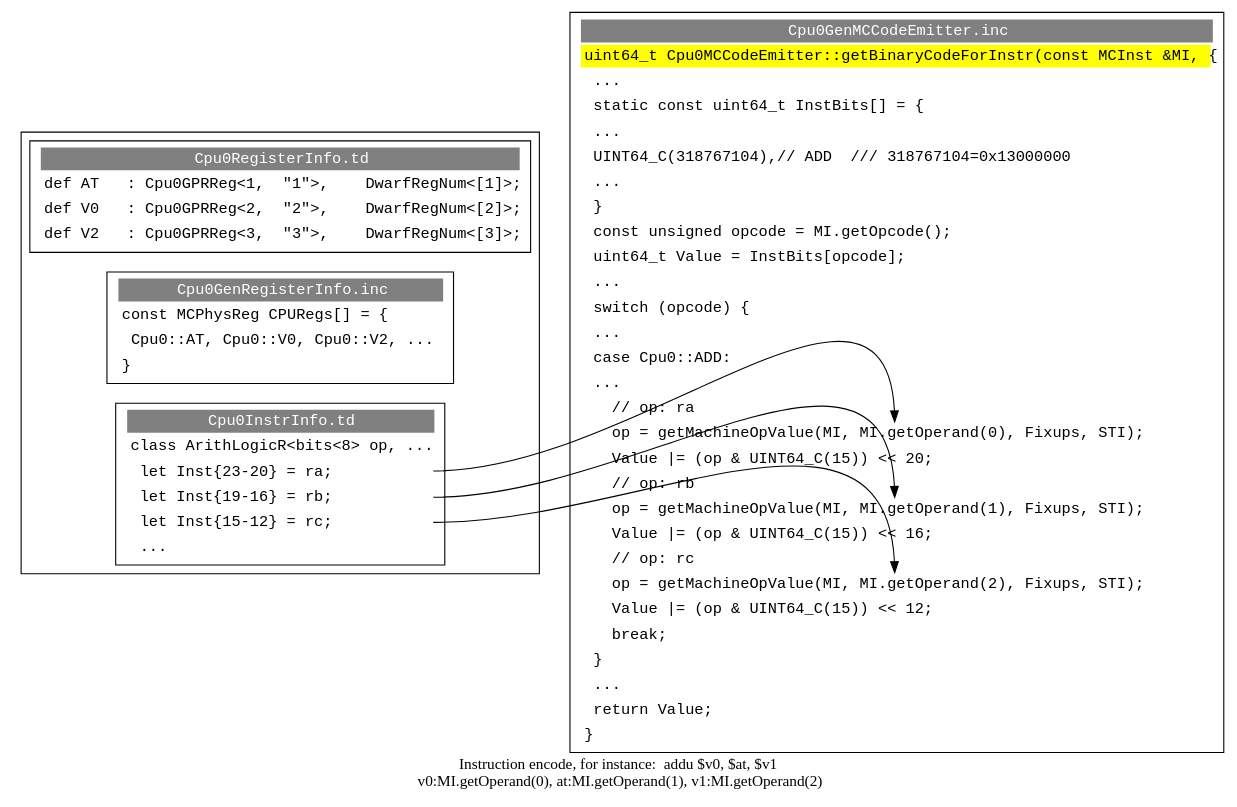
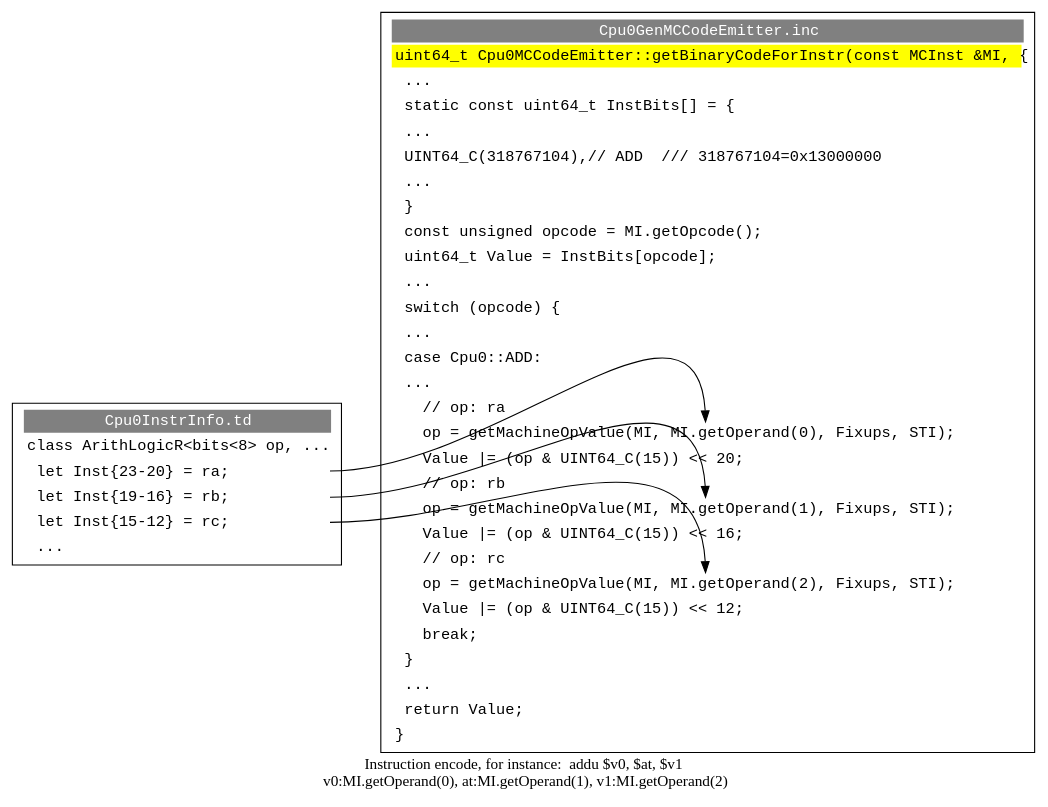
Before and after one commit to Jonathan2251/lbd: the diagram in Fig/genobj/getBinaryCodeForInstr.gv, drawn with Graphviz. The commit also changed 1 other file, not shown here.

```diff
--- a/Fig/genobj/getBinaryCodeForInstr.gv
+++ b/Fig/genobj/getBinaryCodeForInstr.gv
@@ -1,70 +1,52 @@
 digraph G {
   rankdir=LR;
   // graphviz uses &nn; to display control character, &#38; ascii 0x38 is '&', 0x60 is '<', 0x62 is '>'
   // when use port="f1", the shape cannot set to "Mrecord"
   getBinaryCodeForInstr [ penwidth = 1, fontname = "Courier New", shape = "rectangle", label =<<table border="0" cellborder="0" cellpadding="3" bgcolor="white">
     <tr><td bgcolor="grey" align="center" colspan="2"><font color="white">Cpu0GenMCCodeEmitter.inc</font></td></tr>
     <tr><td align="left" bgcolor="yellow" port="r0">uint64_t Cpu0MCCodeEmitter::getBinaryCodeForInstr(const MCInst &#38;MI, {</td></tr>
     <tr><td align="left">  ...</td></tr>
     <tr><td align="left">  static const uint64_t InstBits[] = {</td></tr>
     <tr><td align="left">  ...</td></tr>
     <tr><td align="left">  UINT64_C(318767104),	// ADD  /// 318767104=0x13000000</td></tr>
     <tr><td align="left">  ...</td></tr>
     <tr><td align="left">  }</td></tr>
     <tr><td align="left">  const unsigned opcode = MI.getOpcode();</td></tr>
     <tr><td align="left">  uint64_t Value = InstBits[opcode];</td></tr>
     <tr><td align="left">  ...</td></tr>
     <tr><td align="left">  switch (opcode) {</td></tr>
     <tr><td align="left">  ...</td></tr>
     <tr><td align="left">  case Cpu0::ADD:</td></tr>
     <tr><td align="left">  ...</td></tr>
     <tr><td align="left">    // op: ra</td></tr>
     <tr><td align="left" port="f1">    op = getMachineOpValue(MI, MI.getOperand(0), Fixups, STI);</td></tr>
     <tr><td align="left">    Value |= (op &#38; UINT64_C(15)) &#60;&#60; 20;</td></tr>
     <tr><td align="left">    // op: rb</td></tr>
     <tr><td align="left" port="f2">    op = getMachineOpValue(MI, MI.getOperand(1), Fixups, STI);</td></tr>
     <tr><td align="left">    Value |= (op &#38; UINT64_C(15)) &#60;&#60; 16;</td></tr>
     <tr><td align="left">    // op: rc</td></tr>
     <tr><td align="left" port="f3">    op = getMachineOpValue(MI, MI.getOperand(2), Fixups, STI);</td></tr>
     <tr><td align="left">    Value |= (op &#38; UINT64_C(15)) &#60;&#60; 12;</td></tr>
     <tr><td align="left">    break;</td></tr>
     <tr><td align="left">  }</td></tr>
     <tr><td align="left">  ...</td></tr>
     <tr><td align="left">  return Value;</td></tr>
     <tr><td align="left">}</td></tr>
     </table>> ];
-  
-  subgraph cluster1 {
-    rankdir=LR;
-      
-    RegTd [ penwidth = 1, fontname = "Courier New", shape = "rectangle", label =<<table border="0" cellborder="0" cellpadding="3" bgcolor="white">
-      <tr><td bgcolor="grey" align="center" colspan="2"><font color="white">Cpu0RegisterInfo.td</font></td></tr>
-      <tr><td align="left" port="f1">def AT   : Cpu0GPRReg&#60;1,  "1"&#62;,    DwarfRegNum&#60;[1]&#62;;</td></tr>
-      <tr><td align="left" port="f2">def V0   : Cpu0GPRReg&#60;2,  "2"&#62;,    DwarfRegNum&#60;[2]&#62;;</td></tr>
-      <tr><td align="left" port="f3">def V2   : Cpu0GPRReg&#60;3,  "3"&#62;,    DwarfRegNum&#60;[3]&#62;;</td></tr>
-      </table>> ];
-  
-    RegInc [ penwidth = 1, fontname = "Courier New", shape = "rectangle", label =<<table border="0" cellborder="0" cellpadding="3" bgcolor="white">
-      <tr><td bgcolor="grey" align="center" colspan="2"><font color="white">Cpu0GenRegisterInfo.inc</font></td></tr>
-      <tr><td align="left">const MCPhysReg CPURegs[] = {</td></tr>
-      <tr><td align="left" port="f1">  Cpu0::AT, Cpu0::V0, Cpu0::V2, ...</td></tr>
-      <tr><td align="left">}</td></tr>
-      </table>> ];
     
-    InstrTd [ penwidth = 1, fontname = "Courier New", shape = "rectangle", label =<<table border="0" cellborder="0" cellpadding="3" bgcolor="white">
-      <tr><td bgcolor="grey" align="center" colspan="2"><font color="white">Cpu0InstrInfo.td</font></td></tr>
-      <tr><td align="left">class ArithLogicR&#60;bits&#60;8&#62; op, ...</td></tr>
-      <tr><td align="left" port="f1">  let Inst{23-20} = ra;</td></tr>
-      <tr><td align="left" port="f2">  let Inst{19-16} = rb;</td></tr>
-      <tr><td align="left" port="f3">  let Inst{15-12} = rc;</td></tr>
-      <tr><td align="left">  ...</td></tr>
-      </table>> ];
-  }
+  InstrTd [ penwidth = 1, fontname = "Courier New", shape = "rectangle", label =<<table border="0" cellborder="0" cellpadding="3" bgcolor="white">
+    <tr><td bgcolor="grey" align="center" colspan="2"><font color="white">Cpu0InstrInfo.td</font></td></tr>
+    <tr><td align="left">class ArithLogicR&#60;bits&#60;8&#62; op, ...</td></tr>
+    <tr><td align="left" port="f1">  let Inst{23-20} = ra;</td></tr>
+    <tr><td align="left" port="f2">  let Inst{19-16} = rb;</td></tr>
+    <tr><td align="left" port="f3">  let Inst{15-12} = rc;</td></tr>
+    <tr><td align="left">  ...</td></tr>
+    </table>> ];
   
   
   InstrTd:f1:e -> getBinaryCodeForInstr:f1:n;
   InstrTd:f2:e -> getBinaryCodeForInstr:f2:n;
   InstrTd:f3:e -> getBinaryCodeForInstr:f3:n;
           
   label = "Instruction encode, for instance:  addu $v0, $at, $v1\n  v0:MI.getOperand(0), at:MI.getOperand(1), v1:MI.getOperand(2)";
 }
```
